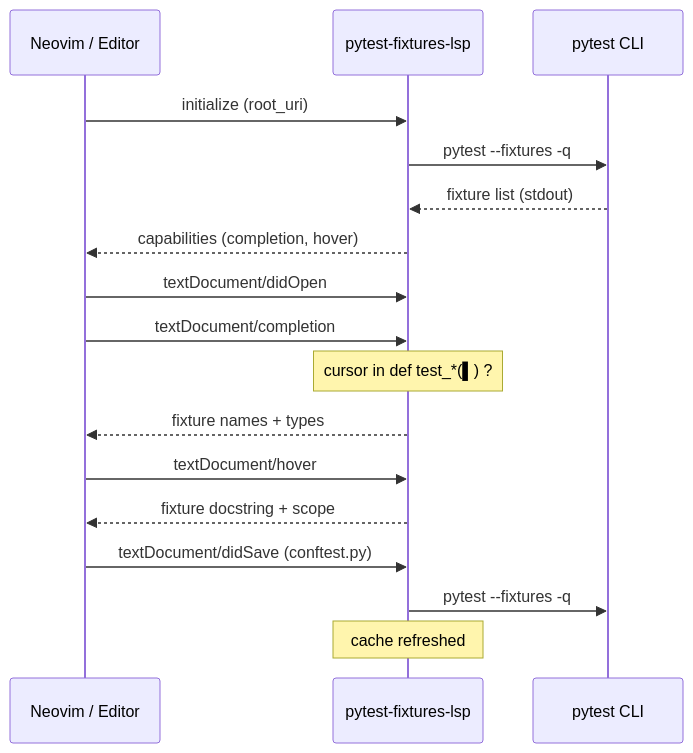
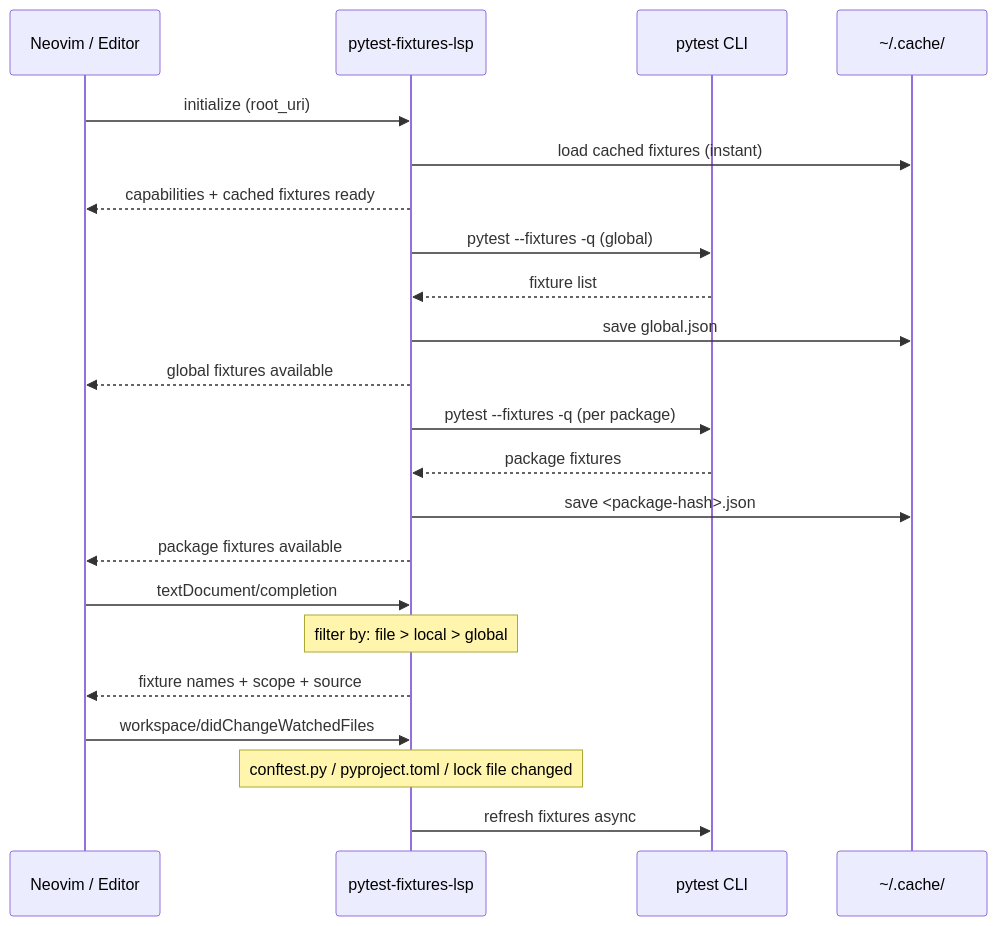
The first of 2 diagrams in README.md (kornicameister/pytest-fixtures-lsp), drawn with Mermaid before and after one commit. The commit also changed other lines of this file, not shown here.

Commit message:
docs: comprehensive README with architecture, all features, setup guide

````diff
--- a/README.md
+++ b/README.md
@@ -15,23 +19,29 @@
 ```mermaid
 sequenceDiagram
     participant Editor as Neovim / Editor
     participant LSP as pytest-fixtures-lsp
     participant Pytest as pytest CLI
+    participant Cache as ~/.cache/
 
     Editor->>LSP: initialize (root_uri)
-    LSP->>Pytest: pytest --fixtures -q
-    Pytest-->>LSP: fixture list (stdout)
-    LSP-->>Editor: capabilities (completion, hover)
+    LSP->>Cache: load cached fixtures (instant)
+    LSP-->>Editor: capabilities + cached fixtures ready
 
-    Editor->>LSP: textDocument/didOpen
+    LSP->>Pytest: pytest --fixtures -q (global)
+    Pytest-->>LSP: fixture list
+    LSP->>Cache: save global.json
+    LSP-->>Editor: global fixtures available
+
+    LSP->>Pytest: pytest --fixtures -q (per package)
+    Pytest-->>LSP: package fixtures
+    LSP->>Cache: save <package-hash>.json
+    LSP-->>Editor: package fixtures available
+
     Editor->>LSP: textDocument/completion
-    Note over LSP: cursor in def test_*(▌) ?
-    LSP-->>Editor: fixture names + types
+    Note over LSP: filter by: file > local > global
+    LSP-->>Editor: fixture names + scope + source
 
-    Editor->>LSP: textDocument/hover
-    LSP-->>Editor: fixture docstring + scope
-
-    Editor->>LSP: textDocument/didSave (conftest.py)
-    LSP->>Pytest: pytest --fixtures -q
-    Note over LSP: cache refreshed
+    Editor->>LSP: workspace/didChangeWatchedFiles
+    Note over LSP: conftest.py / pyproject.toml / lock file changed
+    LSP->>Pytest: refresh fixtures async
 ```
````
